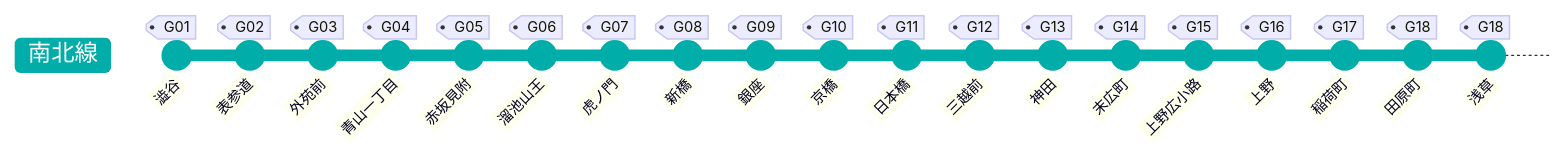
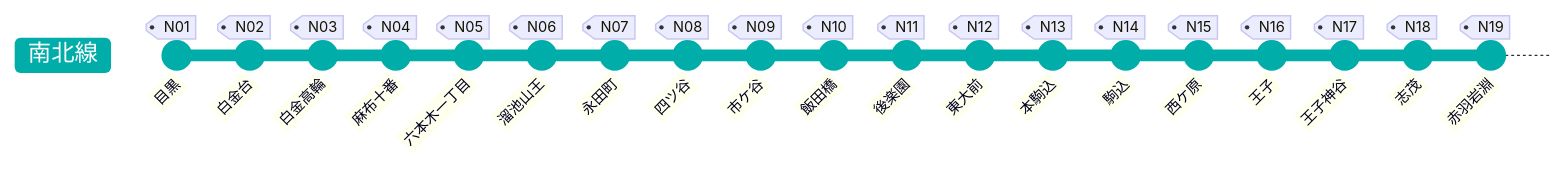
The diagram in 08_NambokuLine.md (k-haruaki/tokyo-metro), drawn with Mermaid before and after one commit.

Commit message:
南北線の作成

````diff
--- a/08_NambokuLine.md
+++ b/08_NambokuLine.md
@@ -1,23 +1,23 @@
 ```mermaid
 %%{ init: { 'themeVariables': { 'git0': '#00ada9' },'gitGraph':{'mainBranchName': '南北線'} } }%%
 gitGraph
-    commit id: "澁谷" tag: "G01"
-    commit id: "表参道" tag: "G02"
-    commit id: "外苑前" tag: "G03"
-    commit id: "青山一丁目" tag: "G04"
-    commit id: "赤坂見附" tag: "G05"
-    commit id: "溜池山王" tag: "G06"
-    commit id: "虎ノ門" tag: "G07"
-    commit id: "新橋" tag: "G08"
-    commit id: "銀座" tag: "G09"
-    commit id: "京橋" tag: "G10"
-    commit id: "日本橋" tag: "G11"
-    commit id: "三越前" tag: "G12"
-    commit id: "神田" tag: "G13"
-    commit id: "末広町" tag: "G14"
-    commit id: "上野広小路" tag: "G15"
-    commit id: "上野" tag: "G16"
-    commit id: "稲荷町" tag: "G17"
-    commit id: "田原町" tag: "G18"
-    commit id: "浅草" tag: "G18"
+    commit id: "目黒" tag: "N01"
+    commit id: "白金台" tag: "N02"
+    commit id: "白金高輪" tag: "N03"
+    commit id: "麻布十番" tag: "N04"
+    commit id: "六本木一丁目" tag: "N05"
+    commit id: "溜池山王" tag: "N06"
+    commit id: "永田町" tag: "N07"
+    commit id: "四ツ谷" tag: "N08"
+    commit id: "市ケ谷" tag: "N09"
+    commit id: "飯田橋" tag: "N10"
+    commit id: "後楽園" tag: "N11"
+    commit id: "東大前" tag: "N12"
+    commit id: "本駒込" tag: "N13"
+    commit id: "駒込" tag: "N14"
+    commit id: "西ケ原" tag: "N15"
+    commit id: "王子" tag: "N16"
+    commit id: "王子神谷" tag: "N17"
+    commit id: "志茂" tag: "N18"
+    commit id: "赤羽岩淵" tag: "N19"
 ```
````
